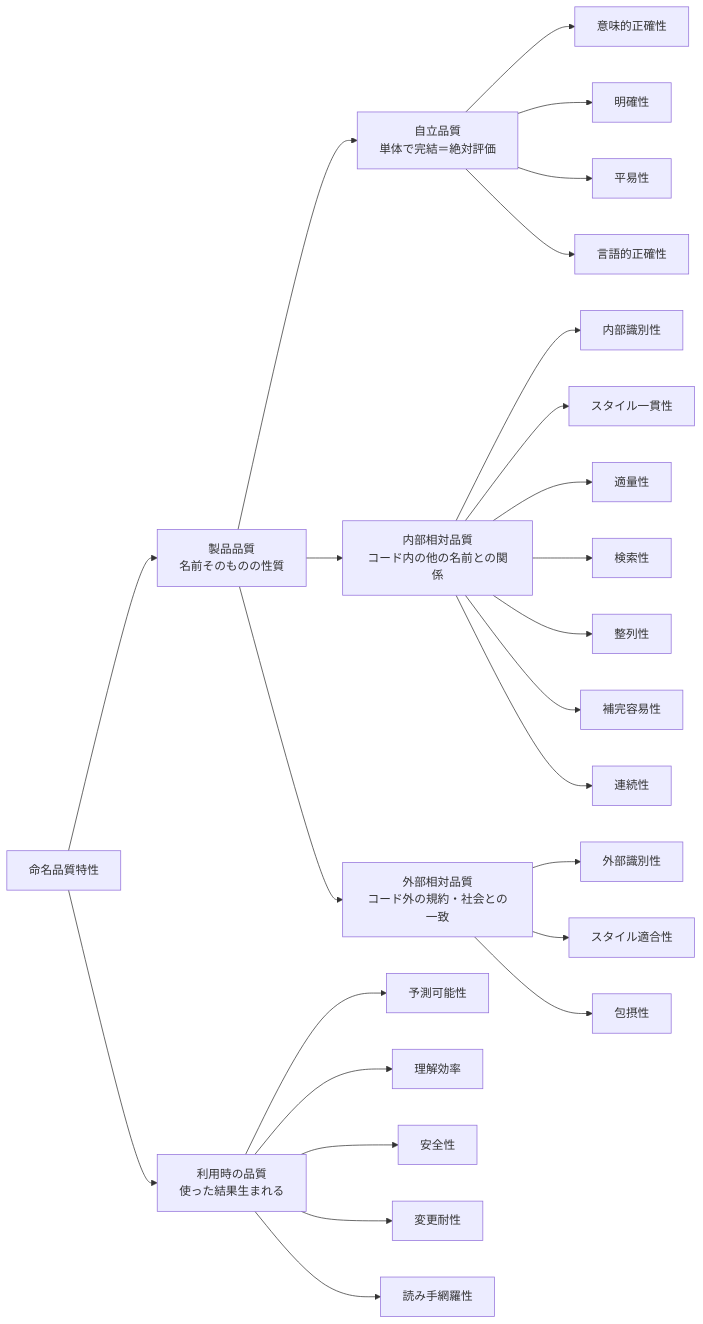
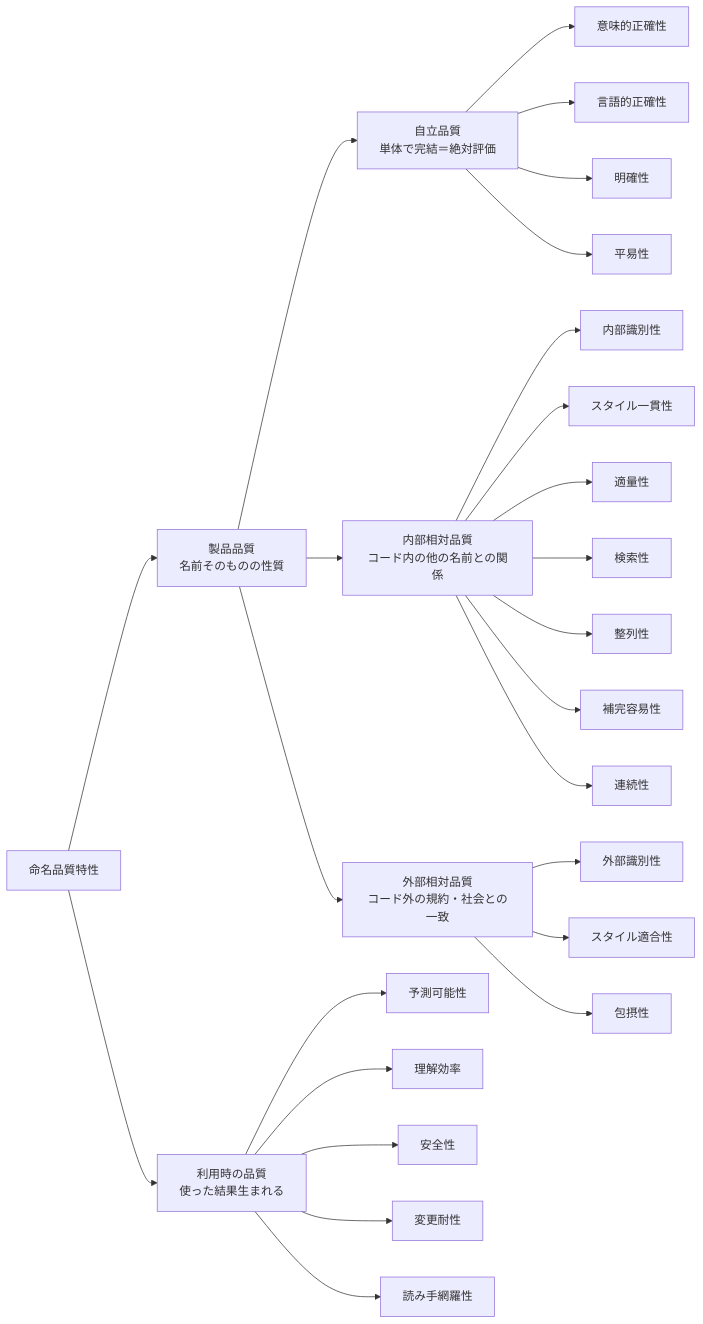
One commit to kagankan/zenn-articles changed the diagram in articles/naming-quality-characteristics.md. Above: the diagram before and after it, drawn with Mermaid. The commit also changed other lines of this file and 1 other file, not shown here.

````diff
--- a/articles/naming-quality-characteristics.md
+++ b/articles/naming-quality-characteristics.md
@@ -15,34 +15,34 @@
 ```mermaid
 graph LR
   R[命名品質特性]
 
   R --> P[製品品質<br/>名前そのものの性質]
   R --> U[利用時の品質<br/>使った結果生まれる]
 
   P --> A[自立品質<br/>単体で完結＝絶対評価]
   P --> I[内部相対品質<br/>コード内の他の名前との関係]
   P --> E[外部相対品質<br/>コード外の規約・社会との一致]
 
   A --> A1[意味的正確性]
-  A --> A2[明確性]
-  A --> A3[平易性]
-  A --> A4[言語的正確性]
+  A --> A2[言語的正確性]
+  A --> A3[明確性]
+  A --> A4[平易性]
 
   I --> I1[内部識別性]
   I --> I7[スタイル一貫性]
   I --> I2[適量性]
   I --> I3[検索性]
   I --> I4[整列性]
   I --> I5[補完容易性]
   I --> I6[連続性]
 
   E --> E1[外部識別性]
   E --> E2[スタイル適合性]
   E --> E3[包摂性]
 
   U --> U1[予測可能性]
   U --> U2[理解効率]
   U --> U3[安全性]
   U --> U4[変更耐性]
   U --> U5[読み手網羅性]
 ```
````
